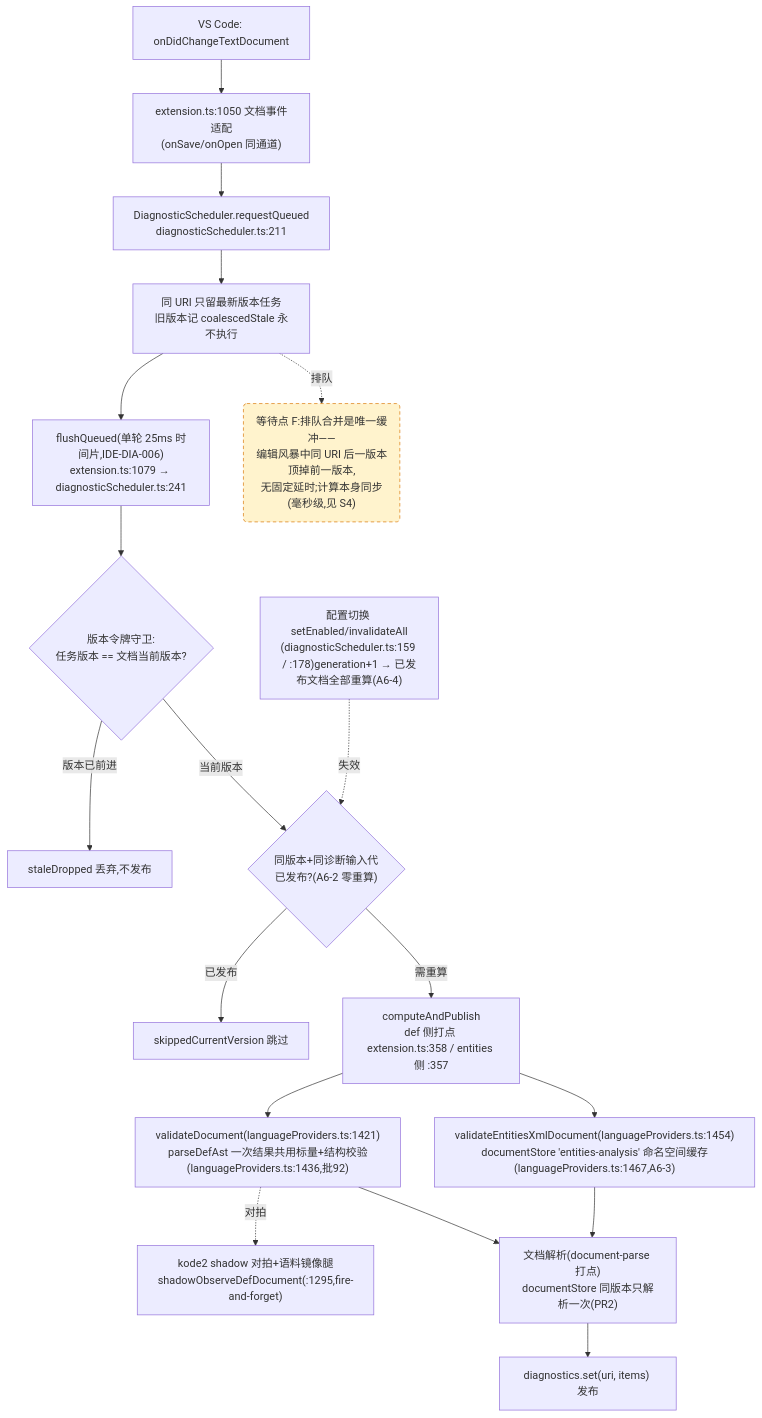
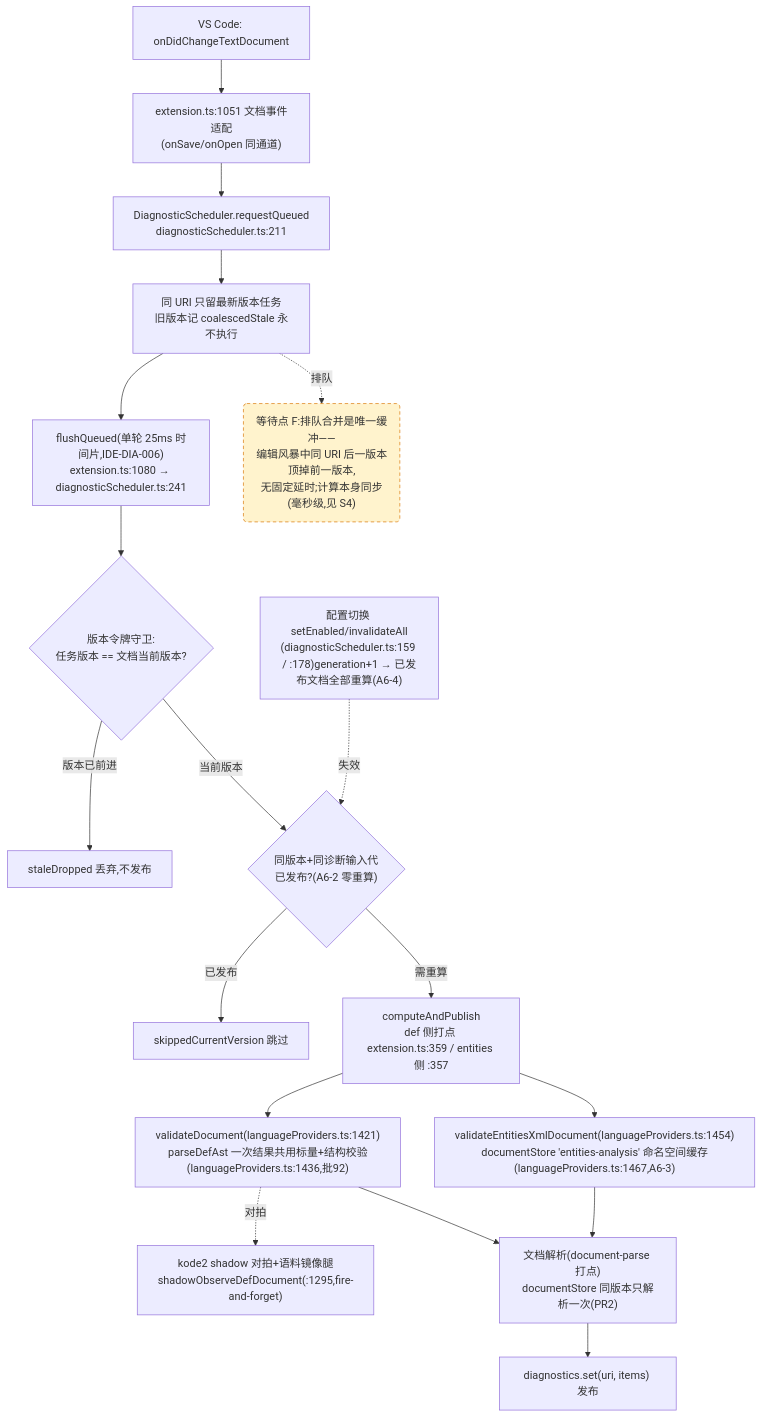
The fourth of 4 diagrams in docs/perf/2026-baseline.md (cuihairu/kode), drawn with Mermaid before and after one commit. The commit also changed other lines of this file and 7 other files, not shown here.

````diff
--- a/docs/perf/2026-baseline.md
+++ b/docs/perf/2026-baseline.md
@@ -214,38 +214,38 @@
 ```mermaid
 flowchart TD
   CHG["VS Code: onDidChangeTextDocument"]
-  WATCH["extension.ts:1050 文档事件适配<br/>(onSave/onOpen 同通道)"]
+  WATCH["extension.ts:1051 文档事件适配<br/>(onSave/onOpen 同通道)"]
   RQ["DiagnosticScheduler.requestQueued<br/>diagnosticScheduler.ts:211"]
   CO["同 URI 只留最新版本任务<br/>旧版本记 coalescedStale 永不执行"]
-  FL["flushQueued(单轮 25ms 时间片,IDE-DIA-006)<br/>extension.ts:1079 → diagnosticScheduler.ts:241"]
+  FL["flushQueued(单轮 25ms 时间片,IDE-DIA-006)<br/>extension.ts:1080 → diagnosticScheduler.ts:241"]
   VG{"版本令牌守卫:<br/>任务版本 == 文档当前版本?"}
   DROP["staleDropped 丢弃,不发布"]
   GEN{"同版本+同诊断输入代<br/>已发布?(A6-2 零重算)"}
   SKIP["skippedCurrentVersion 跳过"]
-  CALC["computeAndPublish<br/>def 侧打点 extension.ts:358 / entities 侧 :357"]
+  CALC["computeAndPublish<br/>def 侧打点 extension.ts:359 / entities 侧 :357"]
   VD["validateDocument(languageProviders.ts:1421)<br/>parseDefAst 一次结果共用标量+结构校验(languageProviders.ts:1436,批92)"]
   VEX["validateEntitiesXmlDocument(languageProviders.ts:1454)<br/>documentStore 'entities-analysis' 命名空间缓存(languageProviders.ts:1467,A6-3)"]
   SHDD["kode2 shadow 对拍+语料镜像腿<br/>shadowObserveDefDocument(:1295,fire-and-forget)"]
   DS["文档解析(document-parse 打点)<br/>documentStore 同版本只解析一次(PR2)"]
   PUB["diagnostics.set(uri, items) 发布"]
   CFG2["配置切换 setEnabled/invalidateAll<br/>(diagnosticScheduler.ts:159 / :178)generation+1 → 已发布文档全部重算(A6-4)"]
 
   CHG --> WATCH --> RQ --> CO --> FL --> VG
   VG -- "版本已前进" --> DROP
   VG -- "当前版本" --> GEN
   GEN -- "已发布" --> SKIP
   GEN -- "需重算" --> CALC
   CALC --> VD
   CALC --> VEX
   VD --> DS
   VEX --> DS
   DS --> PUB
   VD -.->|对拍| SHDD
   CFG2 -.->|失效| GEN
 
   WAITF("等待点 F:排队合并是唯一缓冲——<br/>编辑风暴中同 URI 后一版本顶掉前一版本,<br/>无固定延时;计算本身同步(毫秒级,见 S4)")
   CO -.->|排队| WAITF
 
   classDef waitPoint fill:#fff3cd,stroke:#d97706,stroke-dasharray:5 4;
   class WAITF waitPoint;
 ```
````
